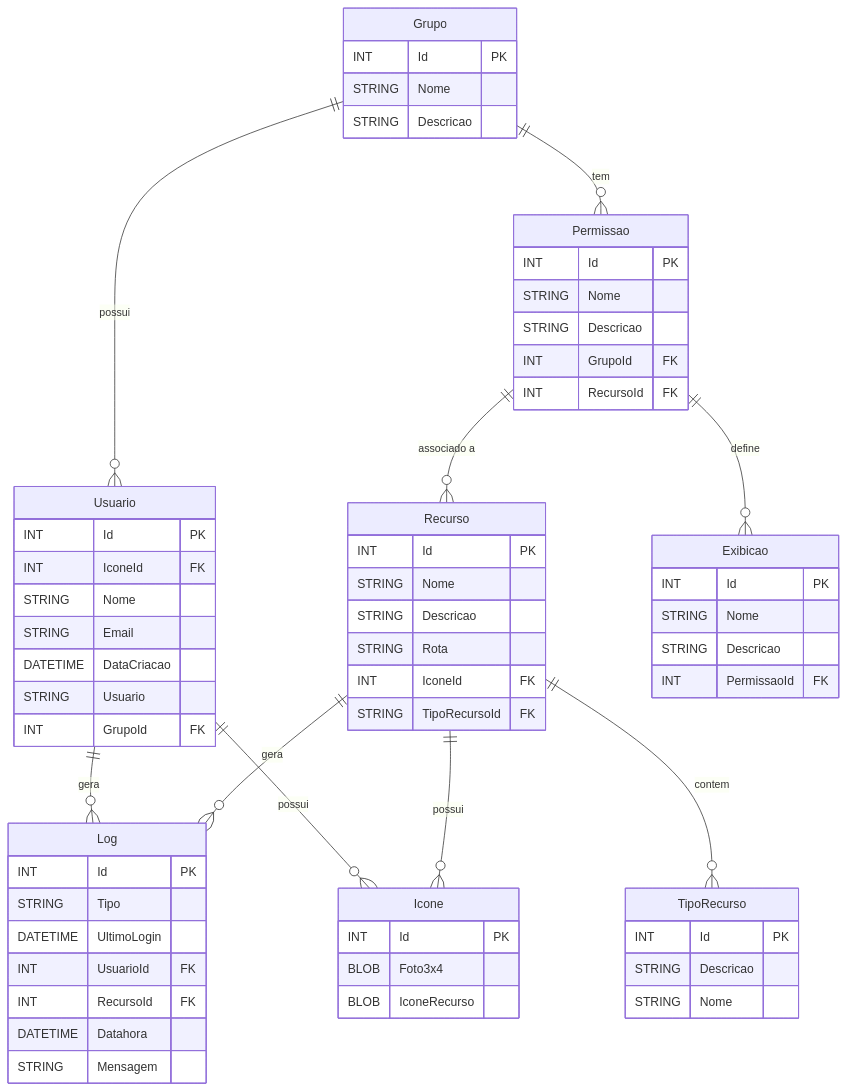
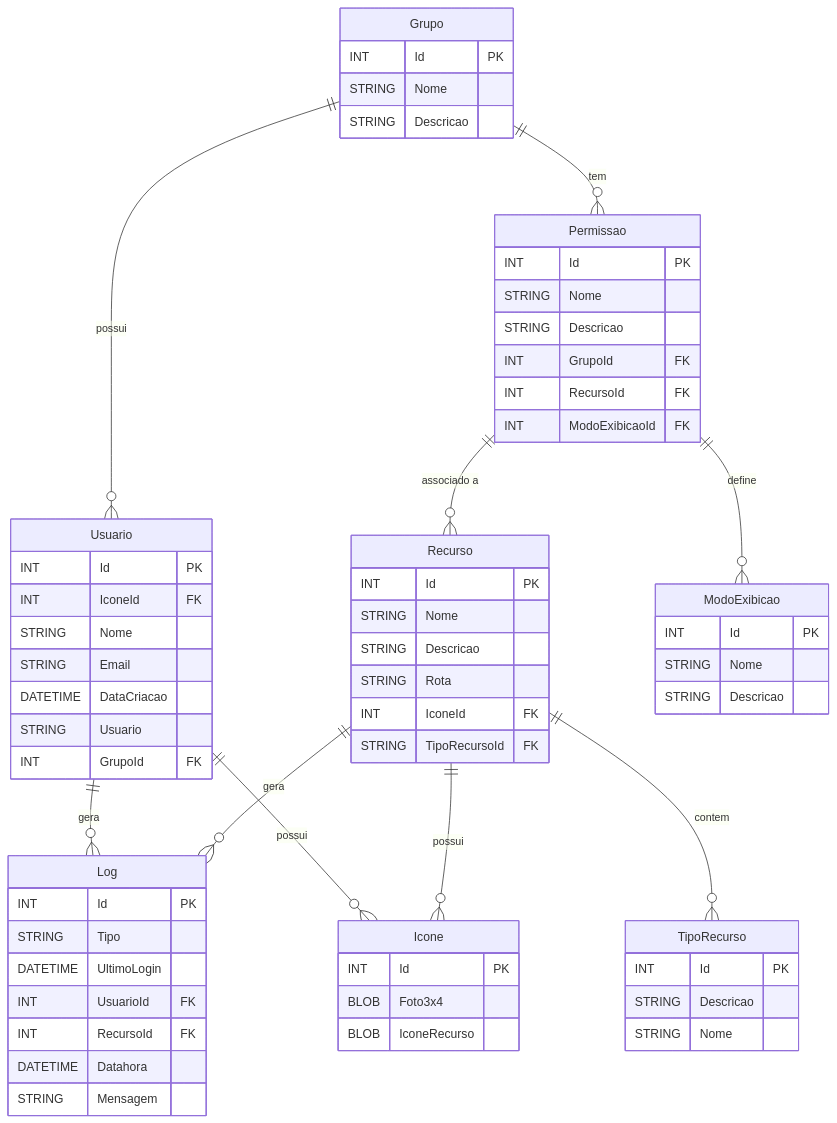
The first of 2 diagrams in README.md (ruthmira-1risjc/exemplo-banco), drawn with Mermaid before and after one commit. The commit also changed other lines of this file and 6 other files, not shown here.

Commit message:
modificacção no banco , trazendo relacionamento diferente entre tabela de Modo Exibicao e Permissao

````diff
--- a/README.md
+++ b/README.md
@@ -183,77 +183,77 @@
 ```mermaid
 erDiagram
 
     Grupo {
         INT Id PK
         STRING Nome
         STRING Descricao
     }
     
     Usuario {
         INT Id PK
         INT IconeId FK
         STRING Nome
         STRING Email
         DATETIME DataCriacao
         STRING Usuario
         INT GrupoId FK
     }
 
     
     Icone {
         INT Id PK
         BLOB Foto3x4
         BLOB IconeRecurso
     }
     
     Recurso {
         INT Id PK
         STRING Nome
         STRING Descricao
         STRING Rota
          INT IconeId FK
         STRING TipoRecursoId FK
     }
 
      TipoRecurso {
         INT Id PK
         STRING Descricao
         STRING Nome
     }
     
     Log {
         INT Id PK
         STRING Tipo
         DATETIME UltimoLogin
         INT UsuarioId FK
         INT RecursoId FK
         DATETIME Datahora
         STRING Mensagem
     }
     
     Permissao {
         INT Id PK
         STRING Nome
         STRING Descricao
         INT GrupoId FK
         INT RecursoId FK
+        INT ModoExibicaoId FK
     }
     
-    Exibicao {
+    ModoExibicao {
         INT Id PK
         STRING Nome
         STRING Descricao
-        INT PermissaoId FK
 
     }
     
     Grupo ||--o{ Usuario : "possui"
     Grupo ||--o{ Permissao : "tem"
     Permissao ||--o{ Recurso : "associado a"
-    Permissao ||--o{ Exibicao : "define"
+    Permissao ||--o{ ModoExibicao : "define"
     Usuario ||--o{ Log : "gera"
     Usuario ||--o{ Icone : "possui"
     Recurso ||--o{ Icone : "possui"
     Recurso ||--o{ Log : "gera"
     Recurso ||--o{ TipoRecurso : "contem"
 ```
````
